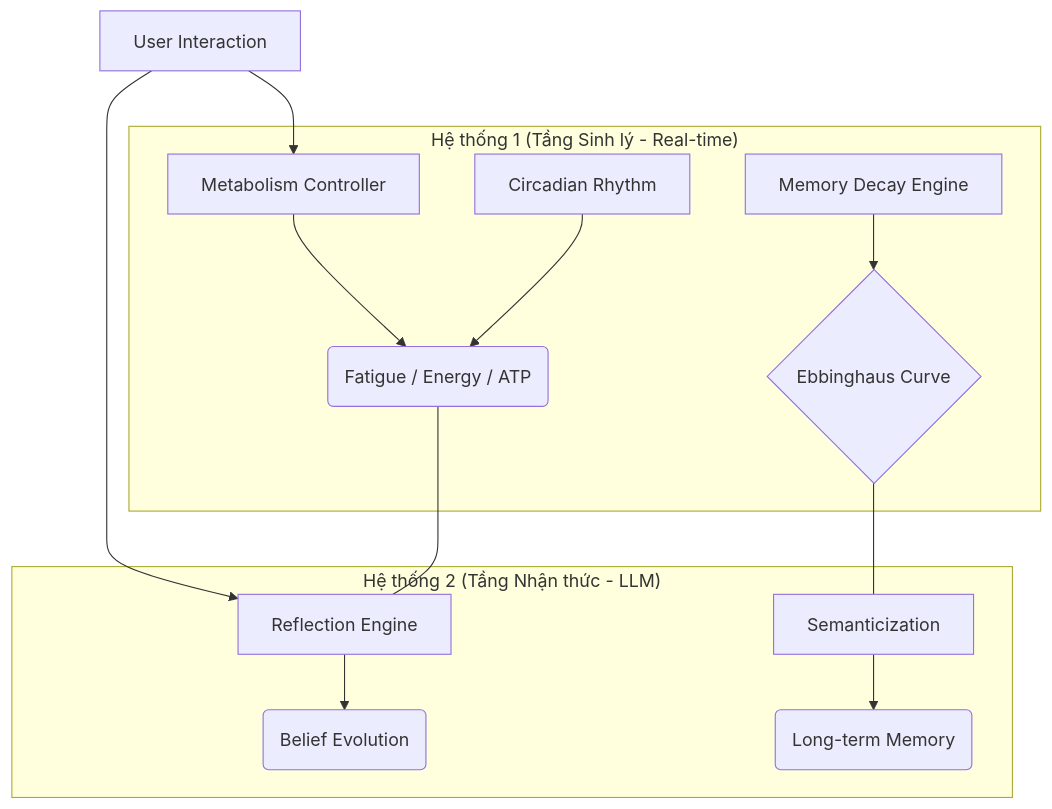
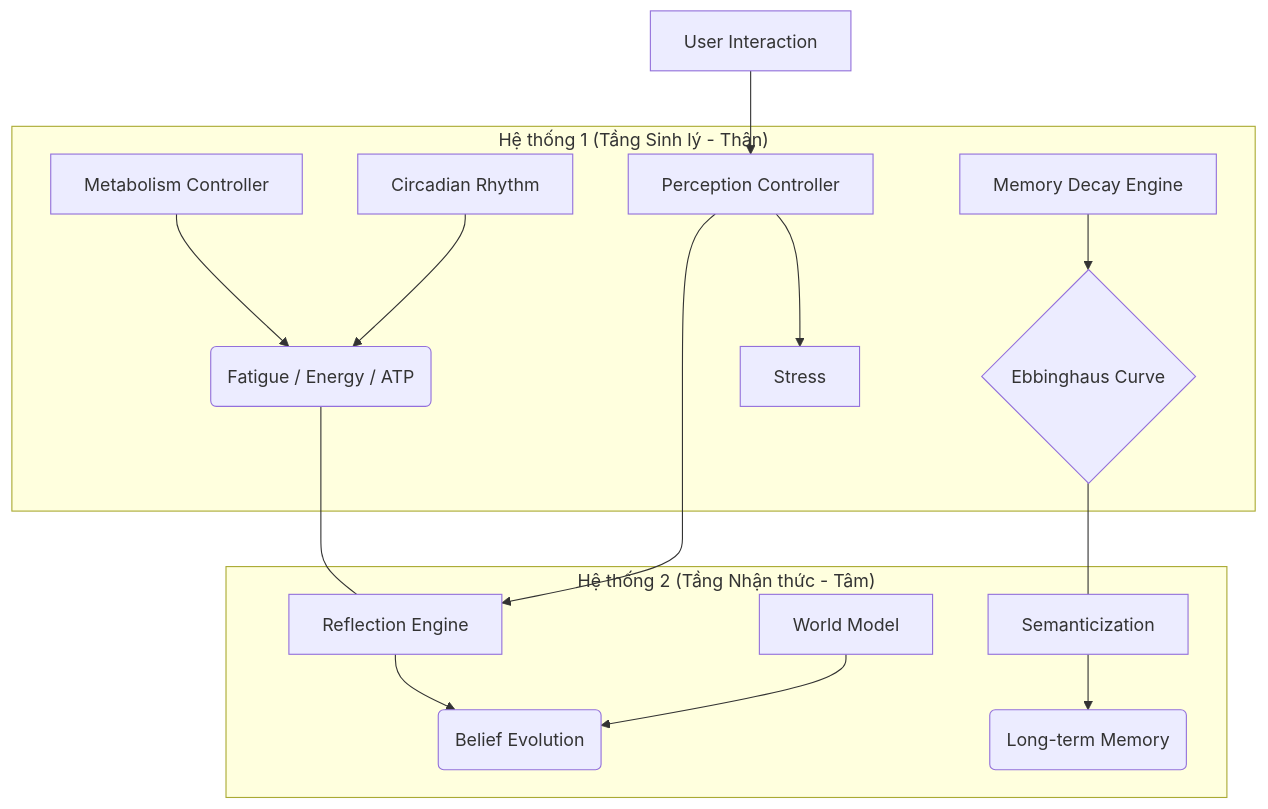
Before and after one commit to DnT1003/AI-agent-biology-memory-simulator: the diagram in README.md, drawn with Mermaid. The commit also changed other lines of this file, not shown here.

````diff
--- a/README.md
+++ b/README.md
@@ -16,18 +16,20 @@
 ```mermaid
 graph TD
-    subgraph "Hệ thống 1 (Tầng Sinh lý - Real-time)"
+    subgraph "Hệ thống 1 (Tầng Sinh lý - Thân)"
         A[Metabolism Controller] --> B(Fatigue / Energy / ATP)
         C[Circadian Rhythm] --> B
         D[Memory Decay Engine] --> E{Ebbinghaus Curve}
+        P[Perception Controller] --> Stress
     end
 
-    subgraph "Hệ thống 2 (Tầng Nhận thức - LLM)"
+    subgraph "Hệ thống 2 (Tầng Nhận thức - Tâm)"
         F[Reflection Engine] --> G(Belief Evolution)
         H[Semanticization] --> I(Long-term Memory)
+        W[World Model] --> G
     end
 
     B --- F
     E --- H
-    J[User Interaction] --> F
-    J --> A
+    J[User Interaction] --> P
+    P --> F
 ```
````
